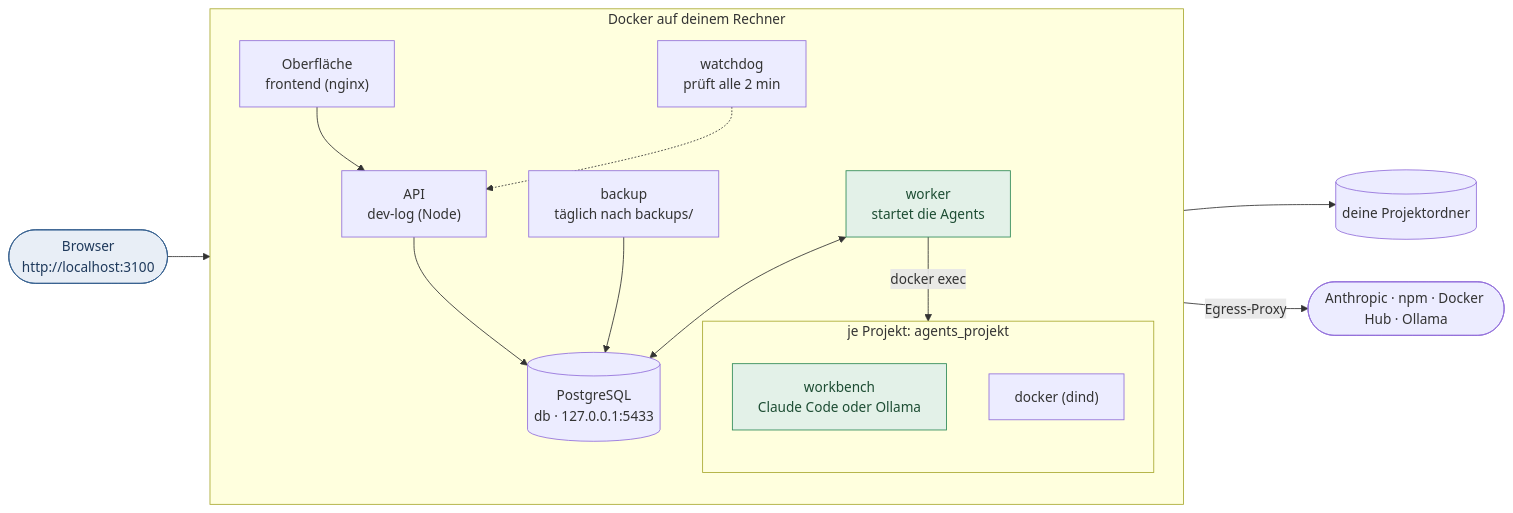
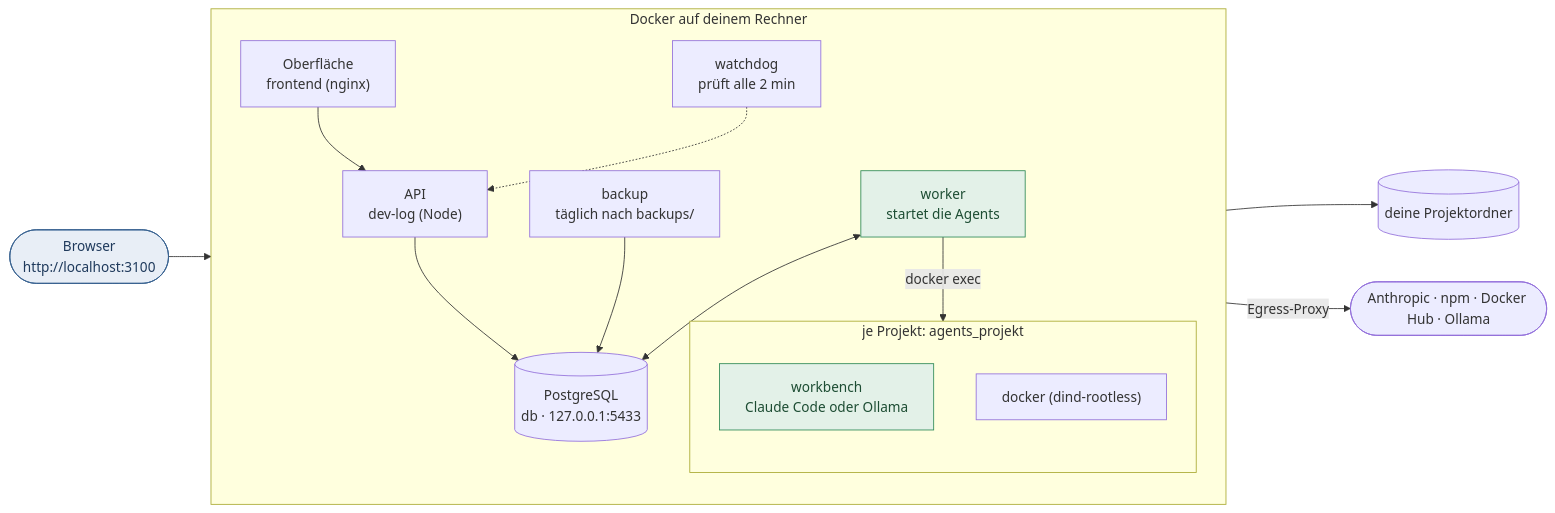
Before and after one commit to zaaaazzy/AutoDEV: the diagram in docs/installation.md, drawn with Mermaid. The commit also changed 7 other files, not shown here.

First line of the commit message:
fix(sicherheit): Docker im Arbeitscontainer rootless statt privilegiert

````diff
--- a/docs/installation.md
+++ b/docs/installation.md
@@ -18,22 +18,22 @@
 ```mermaid
 flowchart LR
   U(["Browser<br/>http://localhost:3100"]):::person --> FE
   subgraph DOCKER["Docker auf deinem Rechner"]
     direction TB
     FE["Oberfläche<br/>frontend (nginx)"] --> API["API<br/>dev-log (Node)"]
     API --> DB[("PostgreSQL<br/>db · 127.0.0.1:5433")]
     BK["backup<br/>täglich nach backups/"] --> DB
     WK["worker<br/>startet die Agents"]:::ok <--> DB
     WD["watchdog<br/>prüft alle 2 min"] -.-> API
     subgraph AG["je Projekt: agents_projekt"]
       direction TB
       WB["workbench<br/>Claude Code oder Ollama"]:::ok
-      DD["docker (dind)"]
+      DD["docker (dind-rootless)"]
     end
     WK -->|docker exec| WB
   end
   WB --> P[("deine Projektordner")]
   WB -->|Egress-Proxy| NET(["Anthropic · npm · Docker Hub · Ollama"])
   classDef ok fill:#e3f1e8,stroke:#2f8a57,color:#1d4d33
   classDef person fill:#e8eef6,stroke:#36608f,color:#1f3a5c
 ```
````
